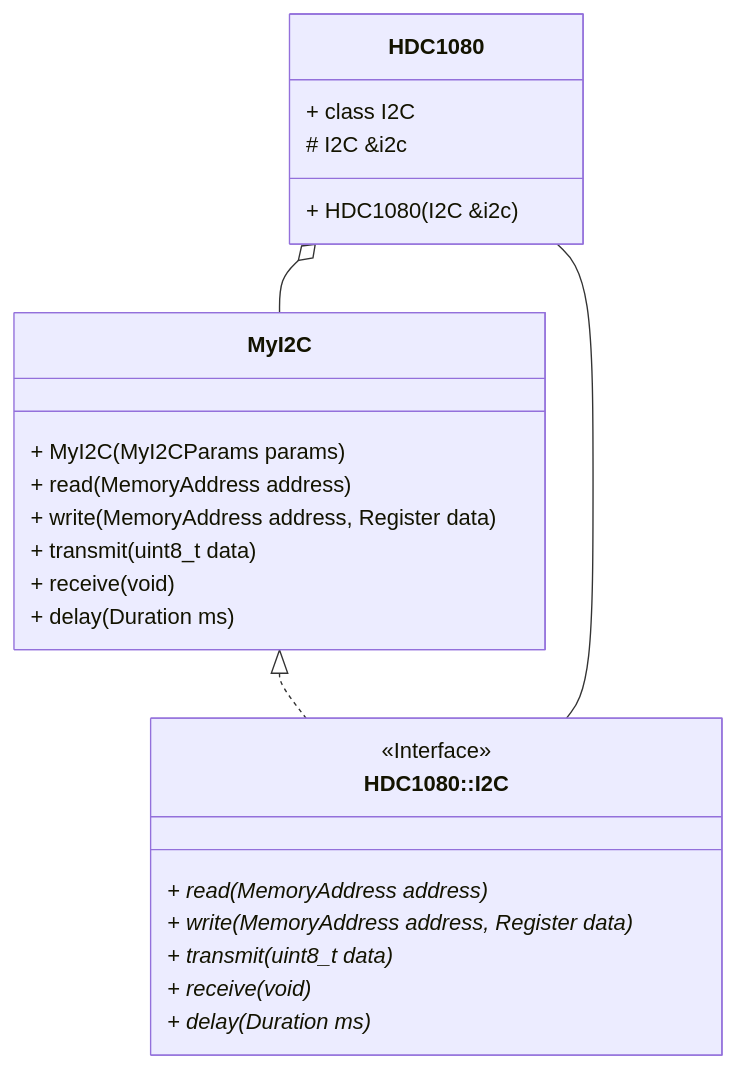
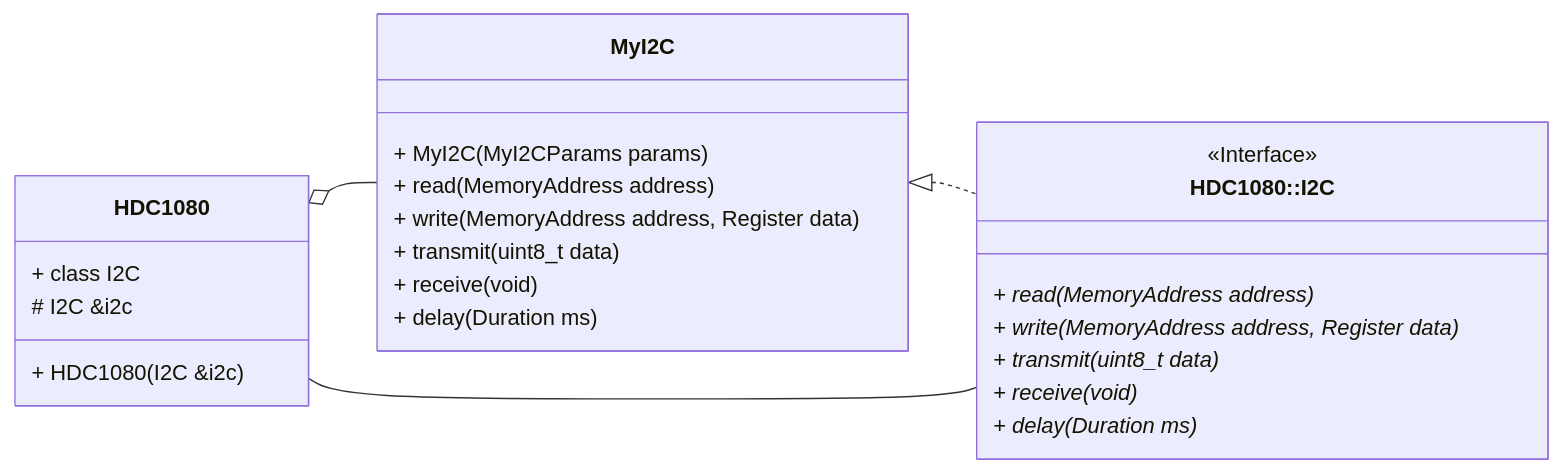
Before and after one commit to LawrenceStanton/HDC1080: the diagram in README.md, drawn with Mermaid.

Commit message:
Update README Add render direction to UML diagram

````diff
--- a/README.md
+++ b/README.md
@@ -49,30 +49,30 @@
 ```mermaid
 classDiagram
+    direction LR
     class HDC1080{
         + class I2C
         # I2C &i2c
         + HDC1080(I2C &i2c)
     }
     class `HDC1080::I2C`{
         <<Interface>>
         + read(MemoryAddress address)*
         + write(MemoryAddress address, Register data)*
         + transmit(uint8_t data)*
         + receive(void)*
         + delay(Duration ms)*
     }
     class MyI2C{
         + MyI2C(MyI2CParams params)
         + read(MemoryAddress address)
         + write(MemoryAddress address, Register data)
         + transmit(uint8_t data)
         + receive(void)
         + delay(Duration ms)
 
     }
 
     MyI2C <|.. `HDC1080::I2C`
     HDC1080 -- `HDC1080::I2C`
     HDC1080 o-- MyI2C
-    
 ```
````
